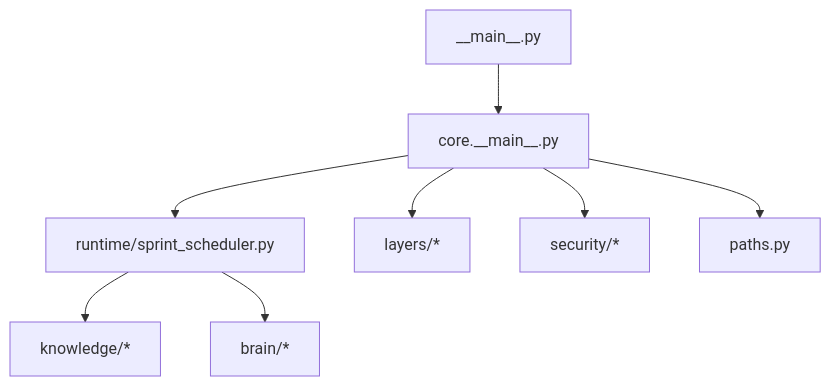
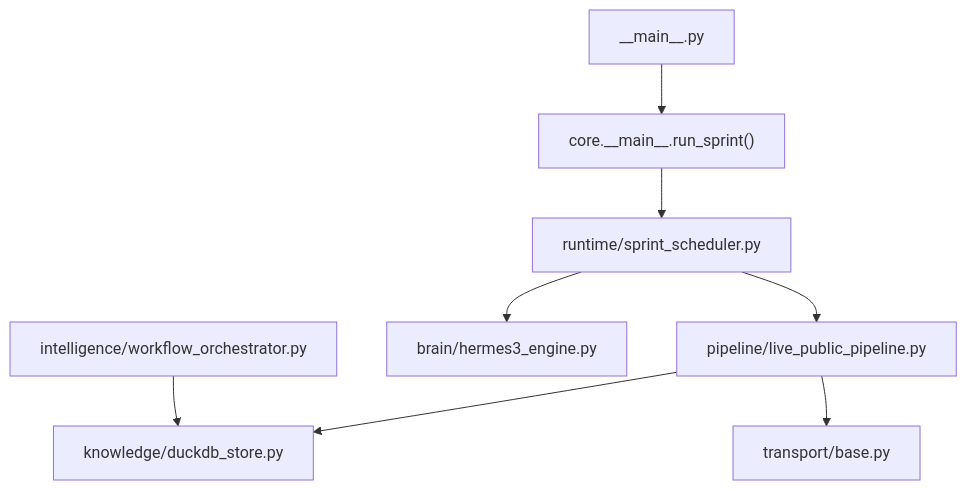
One commit to Hamulda/hledac-universal changed the tenth of 10 diagrams in .qoder/repowiki/en/content/Project Overview/Architecture Overview.md. Above: the diagram before and after it, drawn with Mermaid. The commit also changed other lines of this file and 236 other files, not shown here.

Commit message:
feat: F234 prelive gate, acquisition strategy and sprint scheduler improvements

````diff
--- a/.qoder/repowiki/en/content/Project Overview/Architecture Overview.md
+++ b/.qoder/repowiki/en/content/Project Overview/Architecture Overview.md
@@ -459,10 +381,10 @@
 ```mermaid
 graph TB
-MAIN["__main__.py"] --> CORE["core.__main__.py"]
-CORE --> SCHED["runtime/sprint_scheduler.py"]
-SCHED --> KNOW["knowledge/*"]
-SCHED --> BRAIN["brain/*"]
-CORE --> LAYERS["layers/*"]
-CORE --> SECURITY["security/*"]
-CORE --> PATHS["paths.py"]
+MAIN["__main__.py"] --> OWNER["core.__main__.run_sprint()"]
+OWNER --> SCHED["runtime/sprint_scheduler.py"]
+SCHED --> PIPE["pipeline/live_public_pipeline.py"]
+PIPE --> DUCKDB["knowledge/duckdb_store.py"]
+SCHED --> BRAIN["brain/hermes3_engine.py"]
+WF["intelligence/workflow_orchestrator.py"] --> DUCKDB
+PIPE --> TRANS["transport/base.py"]
 ```
````
